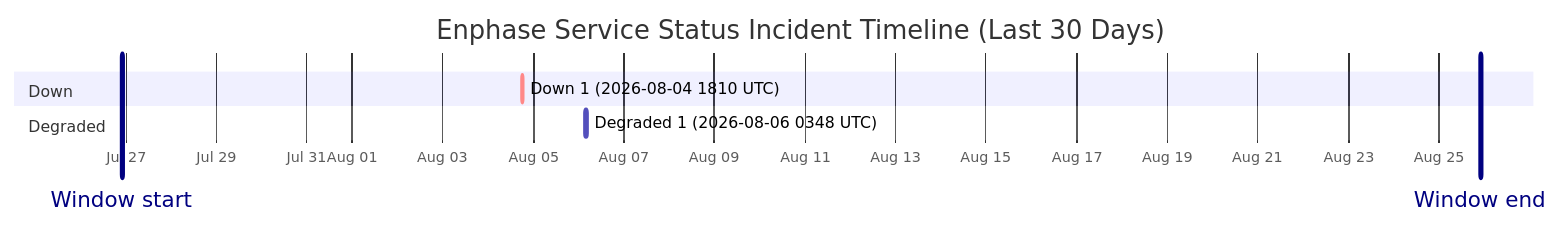
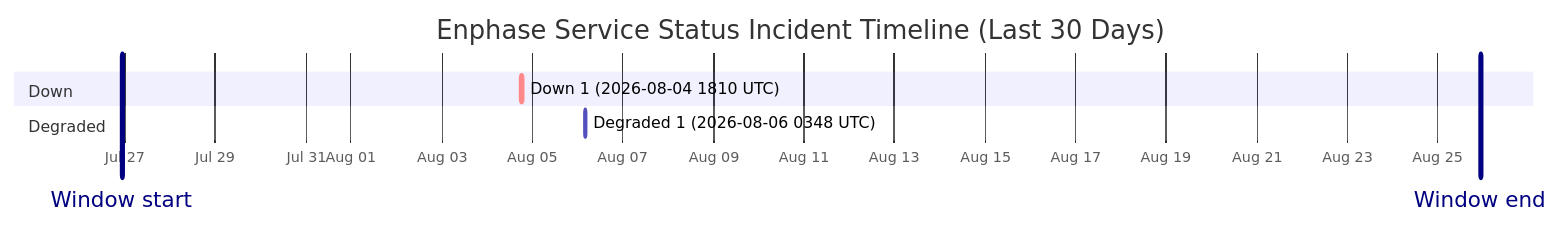
One commit to barneyonline/ha-enphase-energy changed the diagram in wiki/Service-Status-History.md. Above: the diagram before and after it, drawn with Mermaid. The commit also changed other lines of this file and 3 other files, not shown here.

````diff
--- a/wiki/Service-Status-History.md
+++ b/wiki/Service-Status-History.md
@@ -14,12 +14,12 @@
 ```mermaid
 gantt
     title Enphase Service Status Incident Timeline (Last 30 Days)
     dateFormat  YYYY-MM-DDTHH:mm:ss
     axisFormat  %b %d
-    Window start :vert, window-start, 2026-07-26T21:53:09, 0ms
-    Window end :vert, window-end, 2026-08-25T21:53:09, 0ms
+    Window start :vert, window-start, 2026-07-26T22:24:20, 0ms
+    Window end :vert, window-end, 2026-08-25T22:24:20, 0ms
     section Down
     Down 1 (2026-08-04 1810 UTC) :crit, down-1, 2026-08-04T18:10:46, 60m
     section Degraded
     Degraded 1 (2026-08-06 0348 UTC) :active, degraded-1, 2026-08-06T03:48:14, 60m
 ```
````
